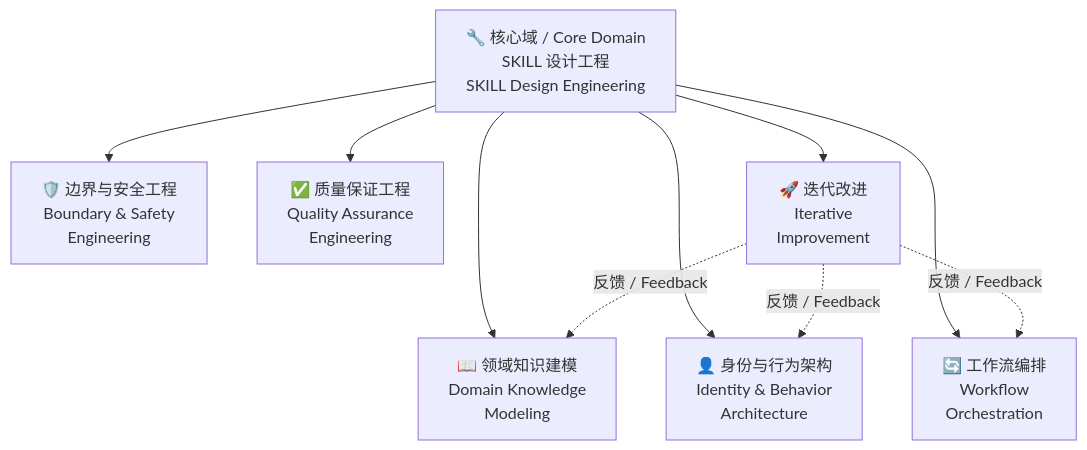
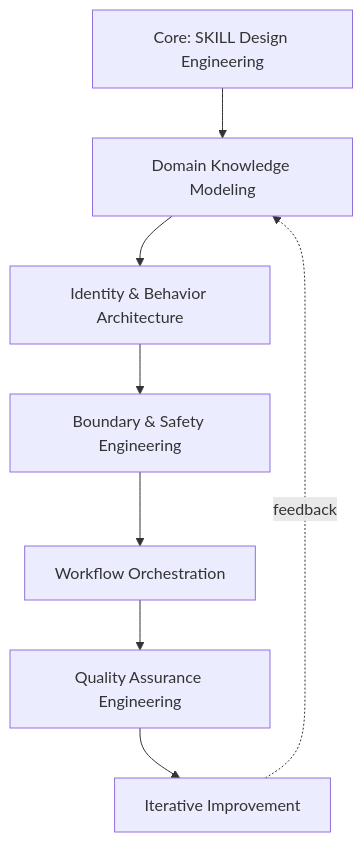
One commit to benbird316/UR-SKILL changed the first of 2 diagrams in README.md. Above: the diagram before and after it, drawn with Mermaid. The commit also changed other lines of this file and 40 other files, not shown here.

Commit message:
feat: v1.1.0 - agentskills.io compliance, sub-agent detection, English docs, JSON Schema, 48 tests

````diff
--- a/README.md
+++ b/README.md
@@ -50,22 +128,12 @@
 ```mermaid
 graph TB
-    CORE["🔧 核心域 / Core Domain<br/>SKILL 设计工程<br/>SKILL Design Engineering"]
-    
-    D1["📖 领域知识建模<br/>Domain Knowledge<br/>Modeling"]
-    D2["👤 身份与行为架构<br/>Identity & Behavior<br/>Architecture"]
-    D3["🛡️ 边界与安全工程<br/>Boundary & Safety<br/>Engineering"]
-    D4["🔄 工作流编排<br/>Workflow<br/>Orchestration"]
-    D5["✅ 质量保证工程<br/>Quality Assurance<br/>Engineering"]
-    D6["🚀 迭代改进<br/>Iterative<br/>Improvement"]
-    
-    CORE --> D1
-    CORE --> D2
-    CORE --> D3
-    CORE --> D4
-    CORE --> D5
-    CORE --> D6
-    
-    D6 -.->|反馈 / Feedback| D1
-    D6 -.->|反馈 / Feedback| D2
-    D6 -.->|反馈 / Feedback| D4
+    CORE["Core: SKILL Design Engineering"]
+    D1["Domain Knowledge Modeling"]
+    D2["Identity & Behavior Architecture"]
+    D3["Boundary & Safety Engineering"]
+    D4["Workflow Orchestration"]
+    D5["Quality Assurance Engineering"]
+    D6["Iterative Improvement"]
+    CORE --> D1 --> D2 --> D3 --> D4 --> D5 --> D6
+    D6 -.->|feedback| D1
 ```
````
